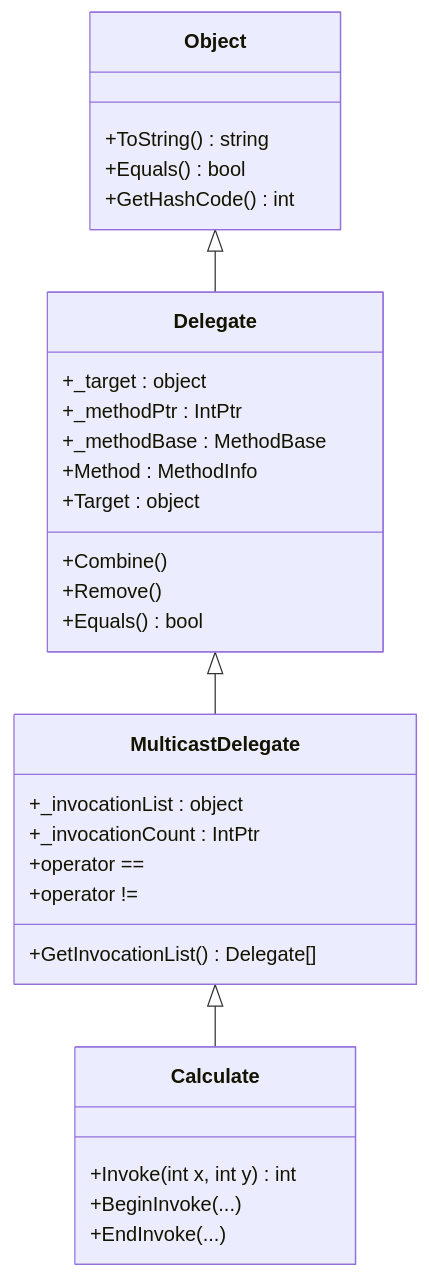
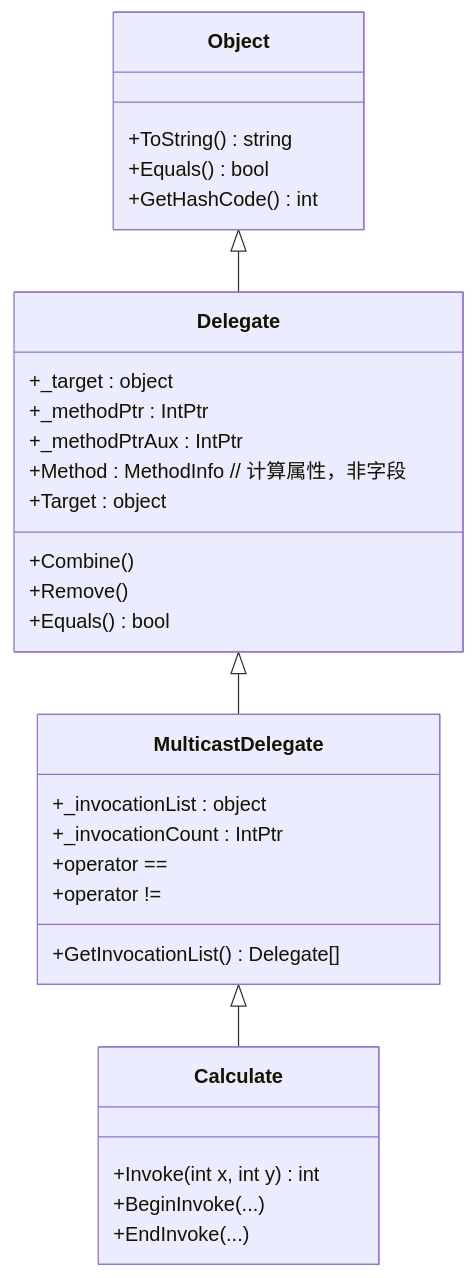
Before and after one commit to moklgydocs/moklgydocs.github.io: the first of 9 diagrams in src/后端开发/CSharp/CLR深度/03_方法与委托原理/02_委托本质与多播委托.md, drawn with Mermaid. The commit also changed other lines of this file and 32 other files, not shown here.

````diff
--- a/src/后端开发/CSharp/CLR深度/03_方法与委托原理/02_委托本质与多播委托.md
+++ b/src/后端开发/CSharp/CLR深度/03_方法与委托原理/02_委托本质与多播委托.md
@@ -73,37 +73,37 @@
 ```mermaid
 classDiagram
     class Object {
         +ToString() string
         +Equals() bool
         +GetHashCode() int
     }
 
     class Delegate {
         +_target : object
         +_methodPtr : IntPtr
-        +_methodBase : MethodBase
-        +Method : MethodInfo
+        +_methodPtrAux : IntPtr
+        +Method : MethodInfo  // 计算属性，非字段
         +Target : object
         +Combine()
         +Remove()
         +Equals() bool
     }
 
     class MulticastDelegate {
         +_invocationList : object
         +_invocationCount : IntPtr
         +GetInvocationList() Delegate[]
         +operator ==
         +operator !=
     }
 
     class Calculate {
         +Invoke(int x, int y) int
         +BeginInvoke(...)
         +EndInvoke(...)
     }
 
     Object <|-- Delegate
     Delegate <|-- MulticastDelegate
     MulticastDelegate <|-- Calculate
 ```
````
